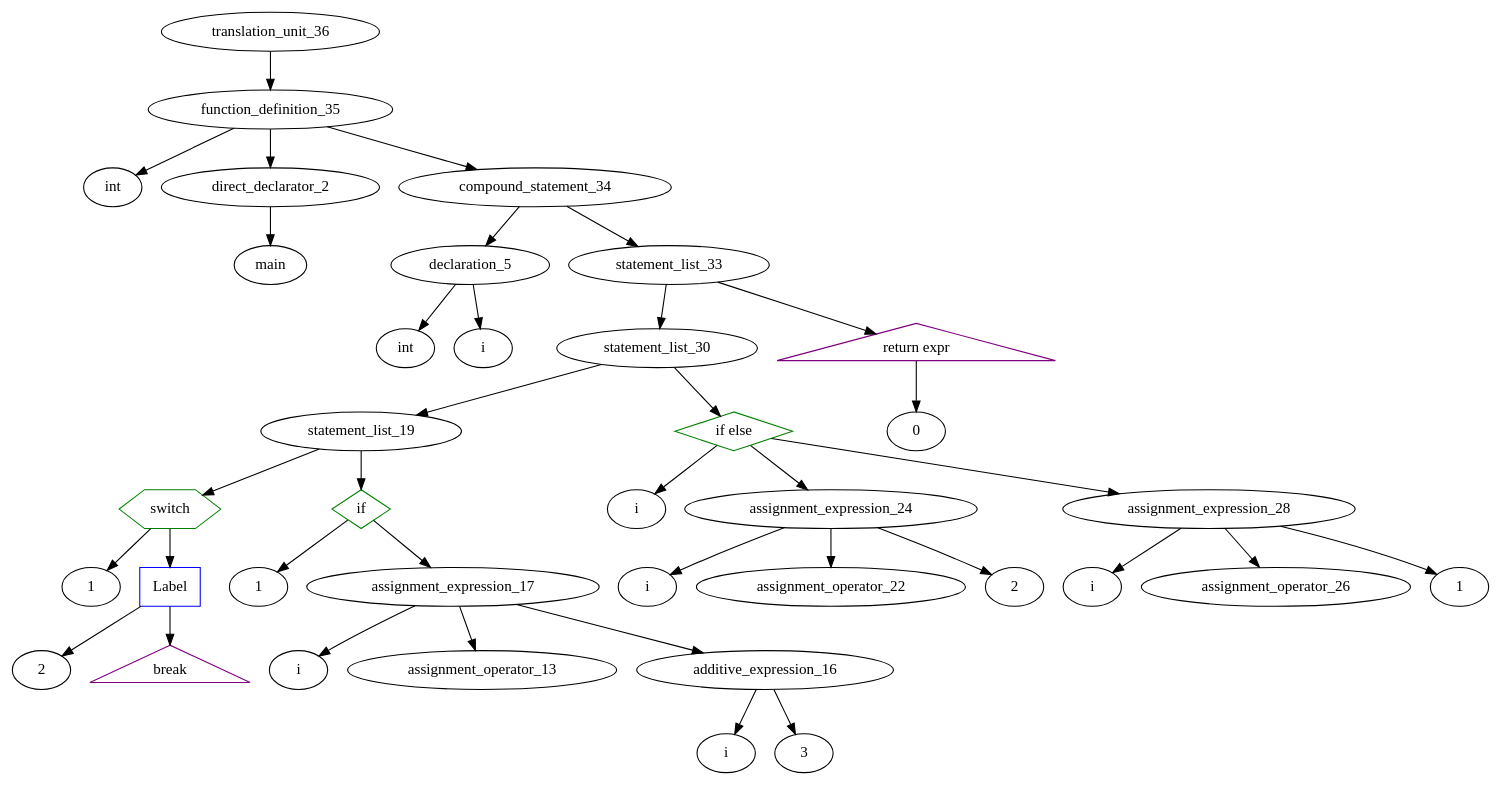
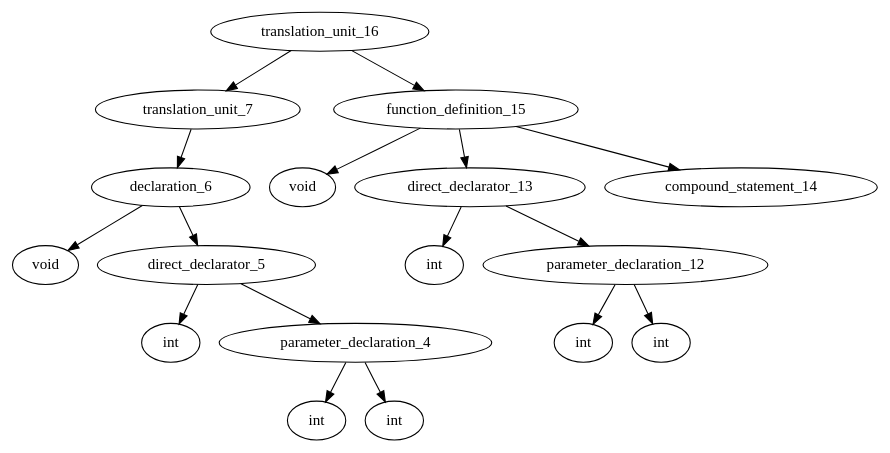
Before and after one commit to ahpalmerUNR/c_compiler: the diagram in graphs/default.gv, drawn with Graphviz. The commit also changed 11 other files, not shown here.

```diff
--- a/graphs/default.gv
+++ b/graphs/default.gv
@@ -1,60 +1,26 @@
 digraph AST {
-	translation_unit_36 -> function_definition_35;
-	function_definition_35 -> type_specifier_0;
-	type_specifier_0 [label="int"]
-	function_definition_35 -> direct_declarator_2;
-	direct_declarator_2 -> identifier_1;
-	identifier_1 [label="main"]
-	function_definition_35 -> compound_statement_34;
-	compound_statement_34 -> declaration_5;
-	declaration_5 -> type_specifier_3;
-	type_specifier_3 [label="int"]
-	declaration_5 -> identifier_4;
-	identifier_4 [label="i"]
-	compound_statement_34 -> statement_list_33;
-	statement_list_33 -> statement_list_30;
-	statement_list_30 -> statement_list_19;
-	statement_list_19 -> selection_statement_10;
-	selection_statement_10 [shape=hexagon,color=green,label="switch"]
-	selection_statement_10 -> constant_6;
-	constant_6 [label="1"]
-	selection_statement_10 -> labeled_statement_9;
-	labeled_statement_9 [shape = box,color=blue,label="Label"]
-	labeled_statement_9 -> constant_7;
-	constant_7 [label="2"]
-	labeled_statement_9 -> jump_statement_8;
-	jump_statement_8 [shape = triangle,color=purple,label="break"]
-	statement_list_19 -> selection_statement_18;
-	selection_statement_18 [shape=diamond,color=green,label="if"]
-	selection_statement_18 -> constant_11;
-	constant_11 [label="1"]
-	selection_statement_18 -> assignment_expression_17;
-	assignment_expression_17 -> identifier_12;
-	identifier_12 [label="i"]
-	assignment_expression_17 -> assignment_operator_13;
-	assignment_expression_17 -> additive_expression_16;
-	additive_expression_16 -> identifier_14;
-	identifier_14 [label="i"]
-	additive_expression_16 -> constant_15;
-	constant_15 [label="3"]
-	statement_list_30 -> selection_statement_29;
-	selection_statement_29 [shape=diamond,color=green,label="if else"]
-	selection_statement_29 -> identifier_20;
-	identifier_20 [label="i"]
-	selection_statement_29 -> assignment_expression_24;
-	assignment_expression_24 -> identifier_21;
-	identifier_21 [label="i"]
-	assignment_expression_24 -> assignment_operator_22;
-	assignment_expression_24 -> constant_23;
-	constant_23 [label="2"]
-	selection_statement_29 -> assignment_expression_28;
-	assignment_expression_28 -> identifier_25;
-	identifier_25 [label="i"]
-	assignment_expression_28 -> assignment_operator_26;
-	assignment_expression_28 -> constant_27;
-	constant_27 [label="1"]
-	statement_list_33 -> jump_statement_32;
-	jump_statement_32 [shape = triangle,color=purple,label="return expr"]
-	jump_statement_32 -> constant_31;
-	constant_31 [label="0"]
+	translation_unit_16 -> translation_unit_7;
+	translation_unit_7 -> declaration_6;
+	declaration_6 -> type_specifier_0;
+	type_specifier_0 [label="void"]
+	declaration_6 -> direct_declarator_5;
+	direct_declarator_5 -> identifier_1;
+	identifier_1 [label="int"]
+	direct_declarator_5 -> parameter_declaration_4;
+	parameter_declaration_4 -> type_specifier_2;
+	type_specifier_2 [label="int"]
+	parameter_declaration_4 -> identifier_3;
+	identifier_3 [label="int"]
+	translation_unit_16 -> function_definition_15;
+	function_definition_15 -> type_specifier_8;
+	type_specifier_8 [label="void"]
+	function_definition_15 -> direct_declarator_13;
+	direct_declarator_13 -> identifier_9;
+	identifier_9 [label="int"]
+	direct_declarator_13 -> parameter_declaration_12;
+	parameter_declaration_12 -> type_specifier_10;
+	type_specifier_10 [label="int"]
+	parameter_declaration_12 -> identifier_11;
+	identifier_11 [label="int"]
+	function_definition_15 -> compound_statement_14;
 }
```
